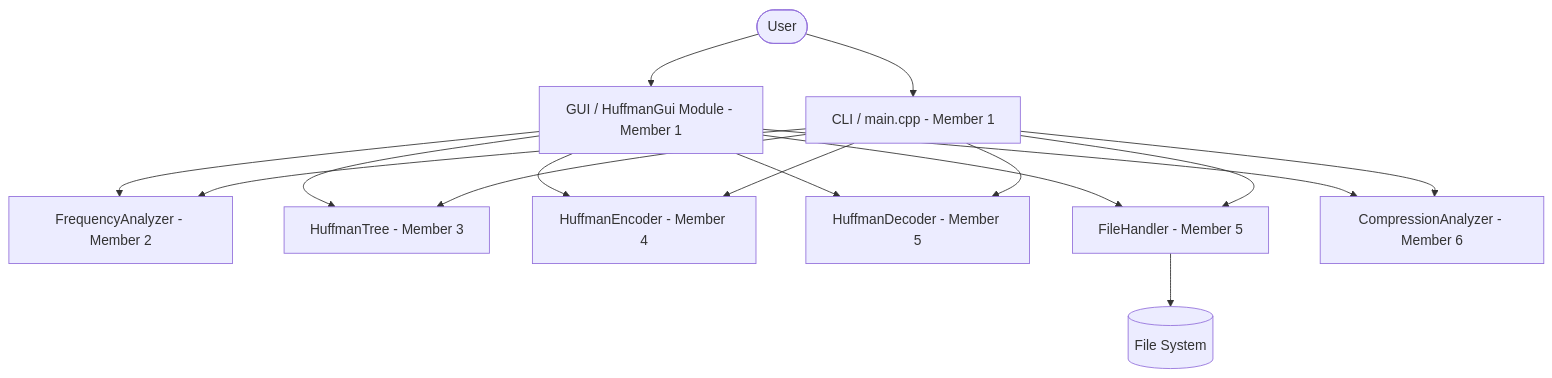
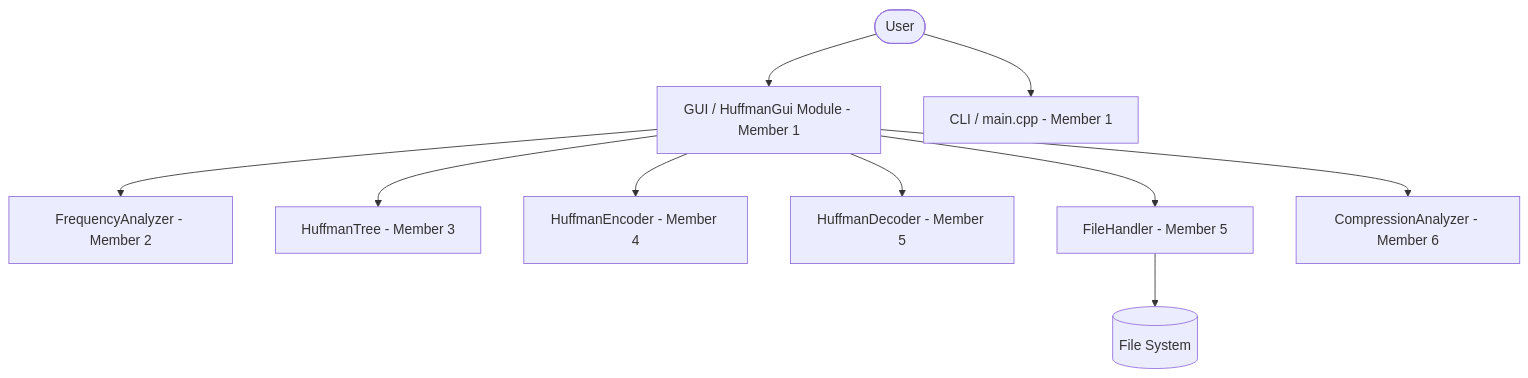
One commit to RoberafTamirat/Huffman-Coding-Data-Compression changed the diagram in docs/architecture.md. Above: the diagram before and after it, drawn with Mermaid. The commit also changed other lines of this file and 21 other files, not shown here.

````diff
--- a/docs/architecture.md
+++ b/docs/architecture.md
@@ -12,21 +12,14 @@
 ```mermaid
 graph TD
     User([User]) --> GUI[GUI / HuffmanGui Module - Member 1]
     User --> CLI[CLI / main.cpp - Member 1]
 
     GUI --> Freq[FrequencyAnalyzer - Member 2]
     GUI --> Tree[HuffmanTree - Member 3]
     GUI --> Encoder[HuffmanEncoder - Member 4]
     GUI --> Decoder[HuffmanDecoder - Member 5]
     GUI --> FileHandler[FileHandler - Member 5]
     GUI --> Analyzer[CompressionAnalyzer - Member 6]
 
-    CLI --> Freq
-    CLI --> Tree
-    CLI --> Encoder
-    CLI --> Decoder
-    CLI --> Analyzer
-    CLI --> FileHandler
-
     FileHandler --> FS[(File System)]
 ```
````
